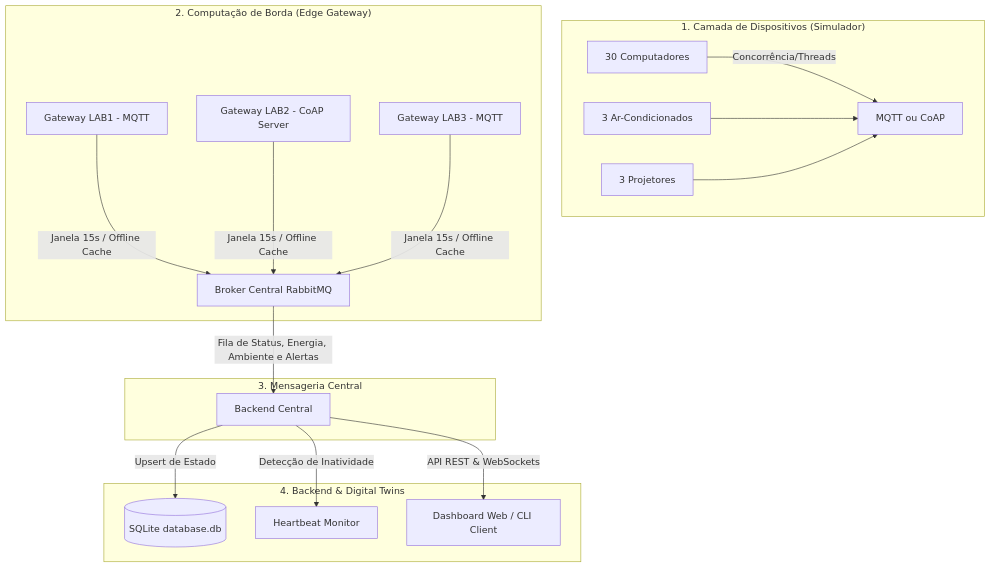
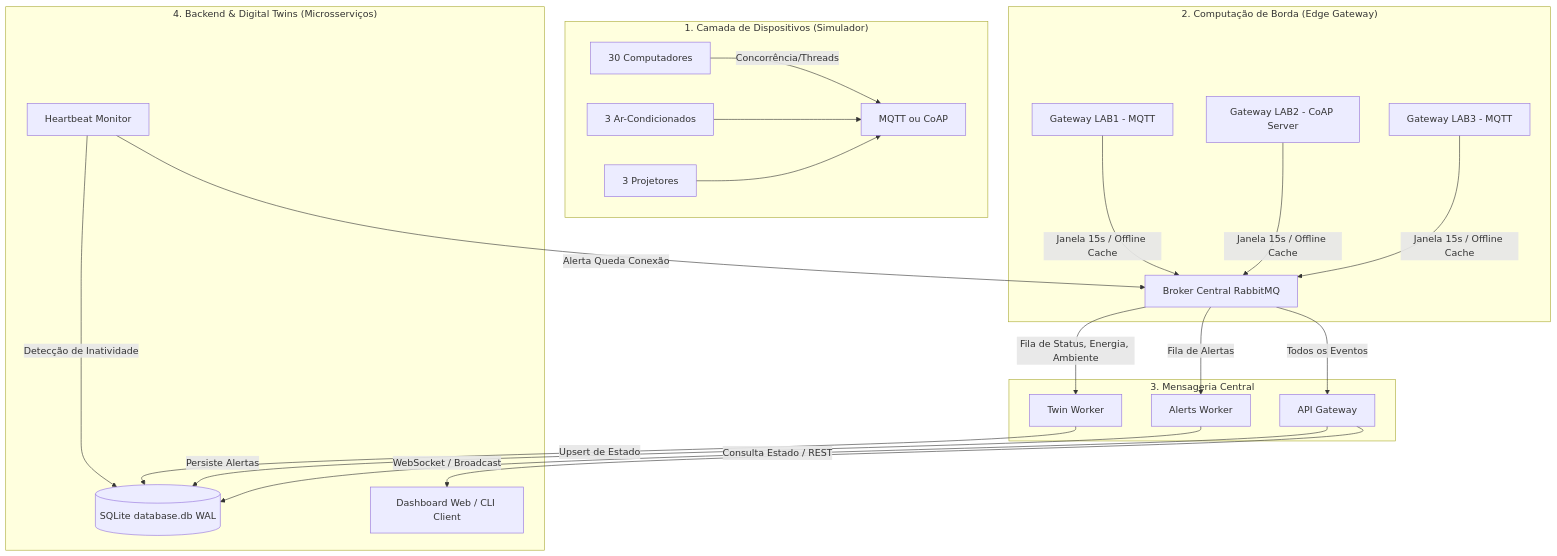
Before and after one commit to mateus-lanuce/smartlab-iot-simulator: the diagram in README.md, drawn with Mermaid. The commit also changed other lines of this file and 1 other file, not shown here.

Commit message:
refactor: migrate backend to microservices architecture and add comprehensive project documentation

````diff
--- a/README.md
+++ b/README.md
@@ -13,24 +13,29 @@
 ```mermaid
 graph TD
     subgraph Camada_IoT ["1. Camada de Dispositivos (Simulador)"]
         PC[30 Computadores] -- Concorrência/Threads --> PROTOCOL[MQTT ou CoAP]
         AC[3 Ar-Condicionados] --> PROTOCOL
         PROJ[3 Projetores] --> PROTOCOL
     end
 
     subgraph Camada_Borda ["2. Computação de Borda (Edge Gateway)"]
         GW1[Gateway LAB1 - MQTT] -- Janela 15s / Offline Cache --> RMQ
         GW2[Gateway LAB2 - CoAP Server] -- Janela 15s / Offline Cache --> RMQ
         GW3[Gateway LAB3 - MQTT] -- Janela 15s / Offline Cache --> RMQ
     end
 
     subgraph Camada_Mensageria ["3. Mensageria Central"]
-        RMQ[Broker Central RabbitMQ] -- Fila de Status, Energia, Ambiente e Alertas --> BE[Backend Central]
+        RMQ[Broker Central RabbitMQ] -- Fila de Status, Energia, Ambiente --> TW[Twin Worker]
+        RMQ -- Fila de Alertas --> AW[Alerts Worker]
+        RMQ -- Todos os Eventos --> API[API Gateway]
     end
 
-    subgraph Camada_Backend ["4. Backend & Digital Twins"]
-        BE -- Upsert de Estado --> SQLite[(SQLite database.db)]
-        BE -- Detecção de Inatividade --> HB[Heartbeat Monitor]
-        BE -- API REST & WebSockets --> DASH[Dashboard Web / CLI Client]
+    subgraph Camada_Backend ["4. Backend & Digital Twins (Microsserviços)"]
+        TW -- Upsert de Estado --> SQLite[(SQLite database.db WAL)]
+        AW -- Persiste Alertas --> SQLite
+        MON[Heartbeat Monitor] -- Detecção de Inatividade --> SQLite
+        MON -- Alerta Queda Conexão --> RMQ
+        API -- Consulta Estado / REST --> SQLite
+        API -- WebSocket / Broadcast --> DASH[Dashboard Web / CLI Client]
     end
 ```
````
